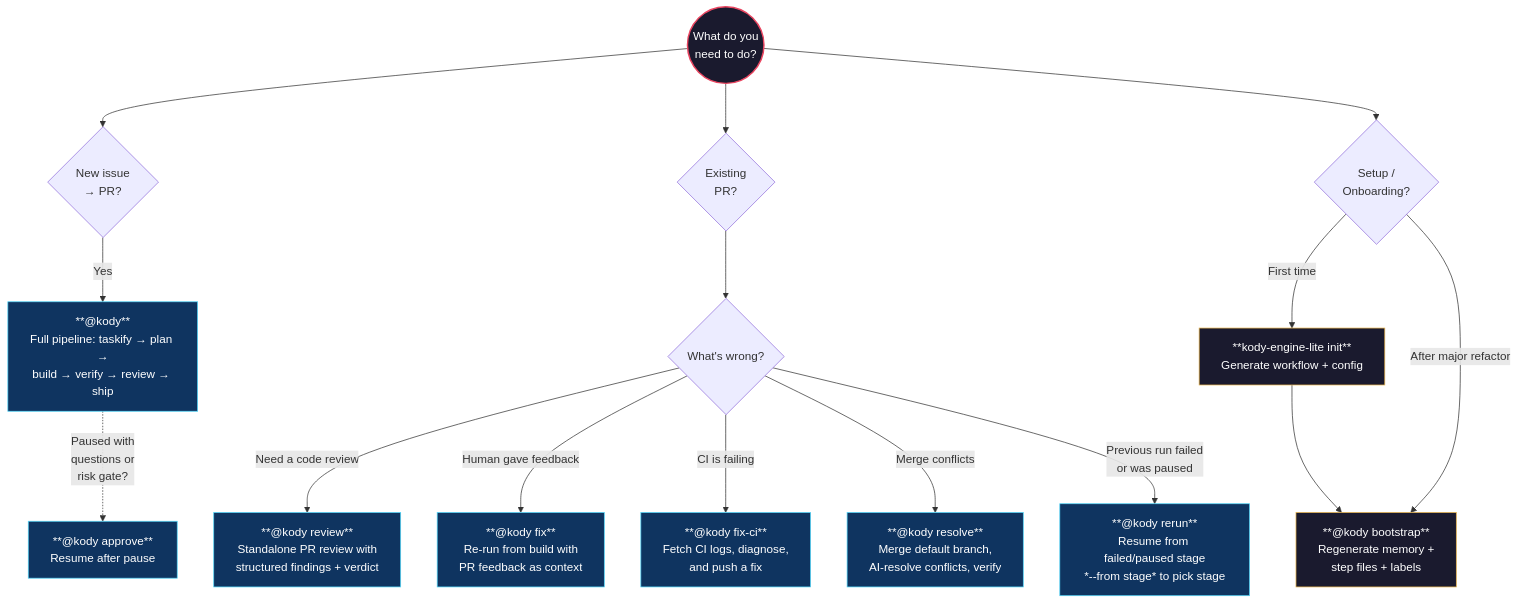
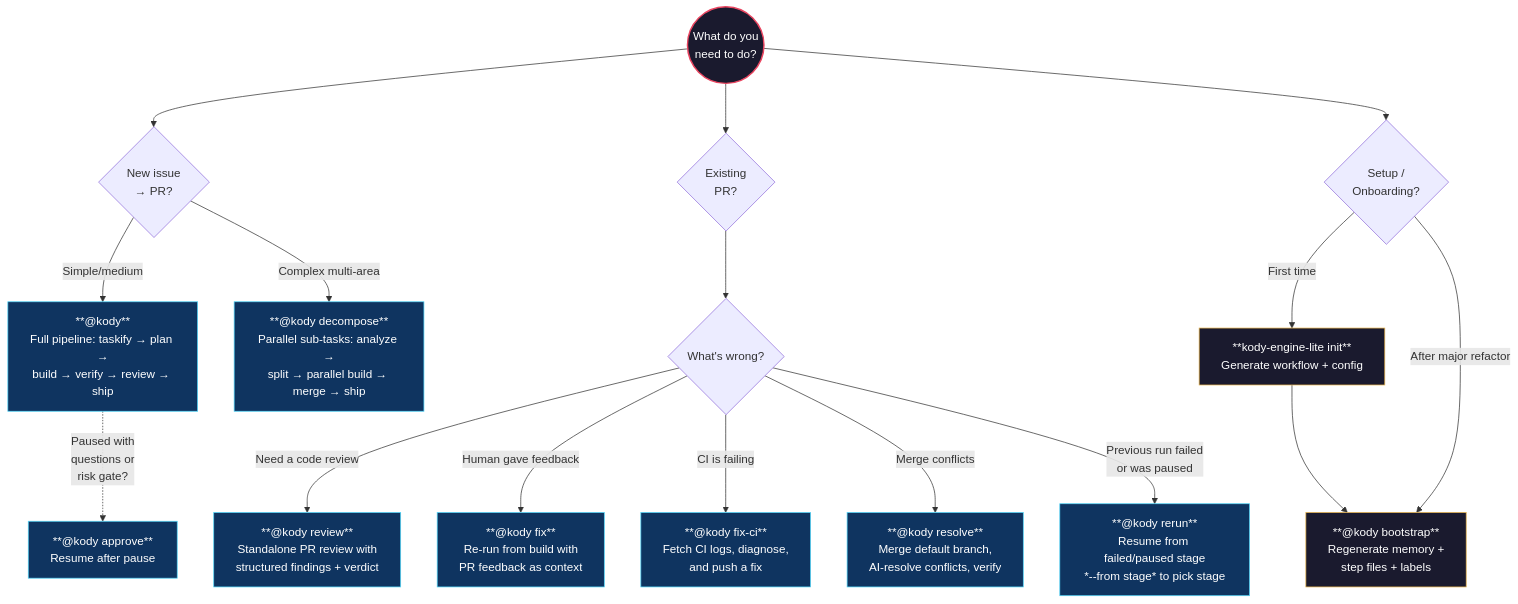
The first of 2 diagrams in README.md (aharonyaircohen/Kody-Engine-Lite), drawn with Mermaid before and after one commit. The commit also changed other lines of this file and 3 other files, not shown here.

````diff
--- a/README.md
+++ b/README.md
@@ -94,28 +107,29 @@
 ```mermaid
 flowchart TD
     Start(("What do you\nneed to do?")):::start
 
     Start --> NewIssue{"New issue\n→ PR?"}
     Start --> ExistingPR{"Existing\nPR?"}
     Start --> Setup{"Setup /\nOnboarding?"}
 
-    NewIssue -->|Yes| Kody["**@kody**\nFull pipeline: taskify → plan →\nbuild → verify → review → ship"]:::cmd
+    NewIssue -->|"Simple/medium"| Kody["**@kody**\nFull pipeline: taskify → plan →\nbuild → verify → review → ship"]:::cmd
+    NewIssue -->|"Complex multi-area"| Decompose["**@kody decompose**\nParallel sub-tasks: analyze →\nsplit → parallel build → merge → ship"]:::cmd
 
     ExistingPR --> PRWhat{"What's wrong?"}
 
     PRWhat -->|"Need a code review"| Review["**@kody review**\nStandalone PR review with\nstructured findings + verdict"]:::cmd
     PRWhat -->|"Human gave feedback"| Fix["**@kody fix**\nRe-run from build with\nPR feedback as context"]:::cmd
     PRWhat -->|"CI is failing"| FixCI["**@kody fix-ci**\nFetch CI logs, diagnose,\nand push a fix"]:::cmd
     PRWhat -->|"Merge conflicts"| Resolve["**@kody resolve**\nMerge default branch,\nAI-resolve conflicts, verify"]:::cmd
     PRWhat -->|"Previous run failed\nor was paused"| Rerun["**@kody rerun**\nResume from failed/paused stage\n*--from stage* to pick stage"]:::cmd
 
     Setup -->|"First time"| Init["**kody-engine-lite init**\nGenerate workflow + config"]:::setup
     Init --> Bootstrap
     Setup -->|"After major refactor"| Bootstrap["**@kody bootstrap**\nRegenerate memory +\nstep files + labels"]:::setup
 
     Kody -.->|"Paused with\nquestions or\nrisk gate?"| Approve["**@kody approve**\nResume after pause"]:::cmd
 
     classDef start fill:#1a1a2e,stroke:#e94560,color:#fff,stroke-width:2px
     classDef cmd fill:#0f3460,stroke:#53d8fb,color:#fff,stroke-width:1px
     classDef setup fill:#1a1a2e,stroke:#e9b44c,color:#fff,stroke-width:1px
 ```
````
